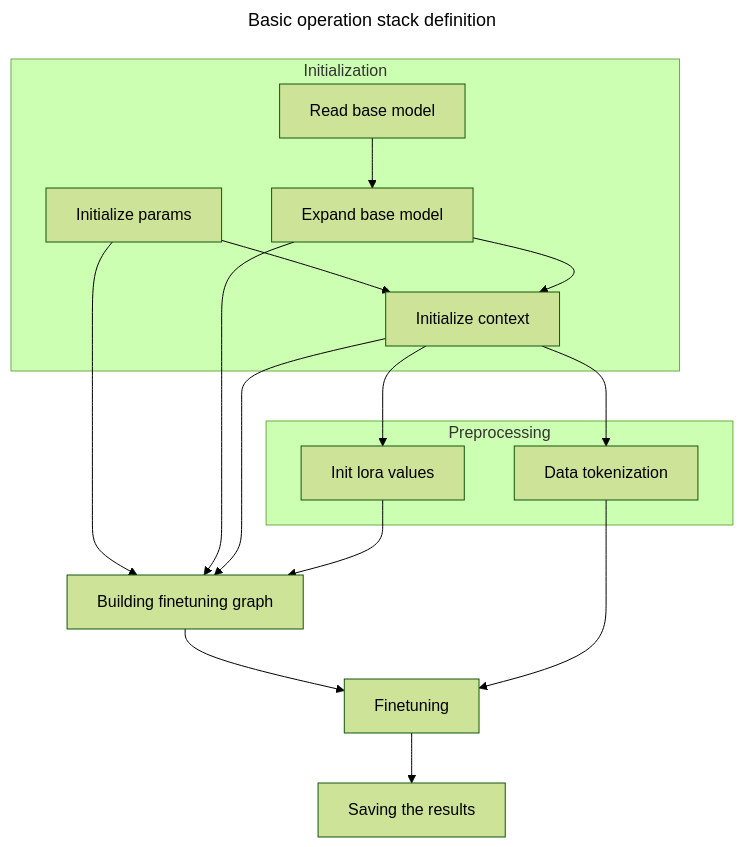
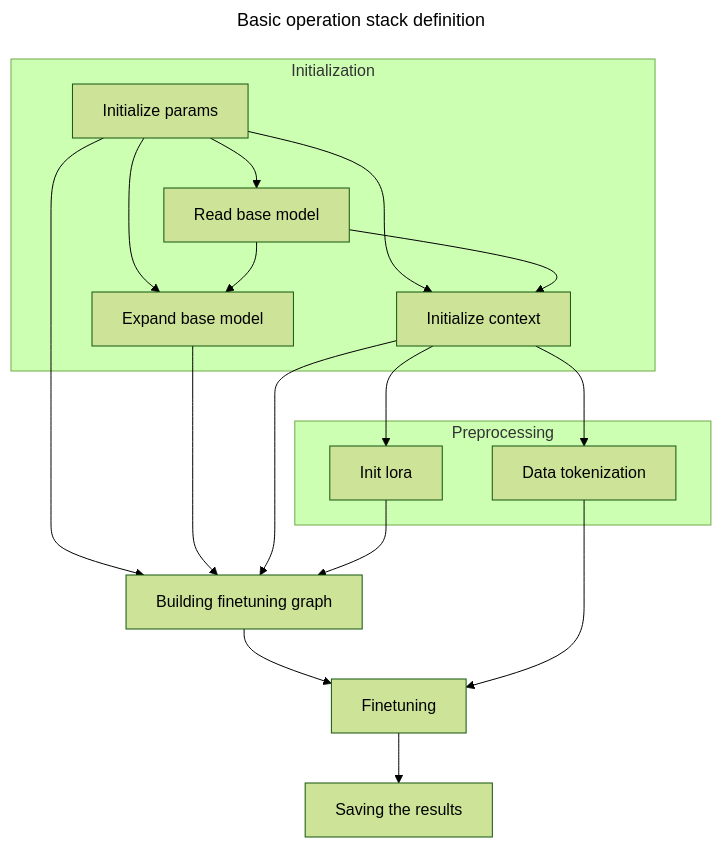
One commit to aifoundry-org/wiki changed the diagram in llamacpp/LORA.md. Above: the diagram before and after it, drawn with Mermaid (forest theme). The commit also changed other lines of this file, not shown here.

````diff
--- a/llamacpp/LORA.md
+++ b/llamacpp/LORA.md
@@ -7,38 +7,42 @@
 ```mermaid
 ---
 title: Basic operation stack definition
 ---
 graph TD
 ip[Initialize params]
 ictx[Initialize context]
 rbm[Read base model]
 tkn[Data tokenization]
 mexp[Expand base model]
-rlor[Init lora values]
+rlor[Init lora]
 bcomp[Building finetuning graph]
 ftn[Finetuning]
 svr[Saving the results]
 
 
+click rbm "https://github.com/xaedes/llama.cpp/blob/546112944a0e025ec4a11d23dc57730041b8d273/examples/finetune/finetune.cpp#L1547"
+click mexp "https://github.com/xaedes/llama.cpp/blob/546112944a0e025ec4a11d23dc57730041b8d273/examples/finetune/finetune.cpp#L1551"
+
 subgraph Initialization
 ip --> ictx
+ip --> mexp
+ip --> rbm
 rbm --> mexp
-mexp --> ictx
+rbm --> ictx
 end
 
 subgraph Preprocessing
 ictx --> tkn
 ictx --> rlor
 end
 
 ip --> bcomp
 mexp --> bcomp
 ictx --> bcomp
 rlor --> bcomp
 
 bcomp --> ftn
 tkn --> ftn
 
 ftn --> svr
-
 ```
````
